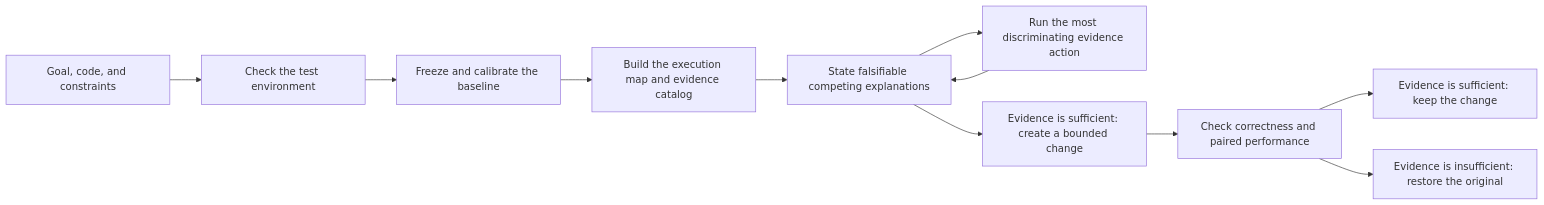
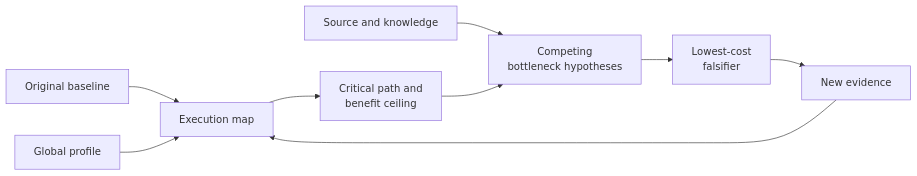
Before and after one commit to troycheng/cuda-kernel-optimizer: the first of 2 diagrams in README.en.md, drawn with Mermaid. The commit also changed other lines of this file and 2 other files, not shown here.

Commit message:
docs: align English README with Chinese source

````diff
--- a/README.en.md
+++ b/README.en.md
@@ -108,13 +106,11 @@
 ```mermaid
 flowchart LR
-    goal["Goal, code, and constraints"] --> environment["Check the test environment"]
-    environment --> baseline["Freeze and calibrate the baseline"]
-    baseline --> context["Build the execution map and evidence catalog"]
-    context --> hypothesis["State falsifiable competing explanations"]
-    hypothesis --> evidence["Run the most discriminating evidence action"]
-    evidence --> hypothesis
-    hypothesis --> change["Evidence is sufficient: create a bounded change"]
-    change --> evaluation["Check correctness and paired performance"]
-    evaluation --> keep["Evidence is sufficient: keep the change"]
-    evaluation --> restore["Evidence is insufficient: restore the original"]
+    baseline["Original baseline"] --> execution["Execution map"]
+    profile["Global profile"] --> execution
+    execution --> accounting["Critical path and<br/>benefit ceiling"]
+    source["Source and knowledge"] --> hypotheses["Competing<br/>bottleneck hypotheses"]
+    accounting --> hypotheses
+    hypotheses --> falsifier["Lowest-cost<br/>falsifier"]
+    falsifier --> evidence["New evidence"]
+    evidence --> execution
 ```
````
